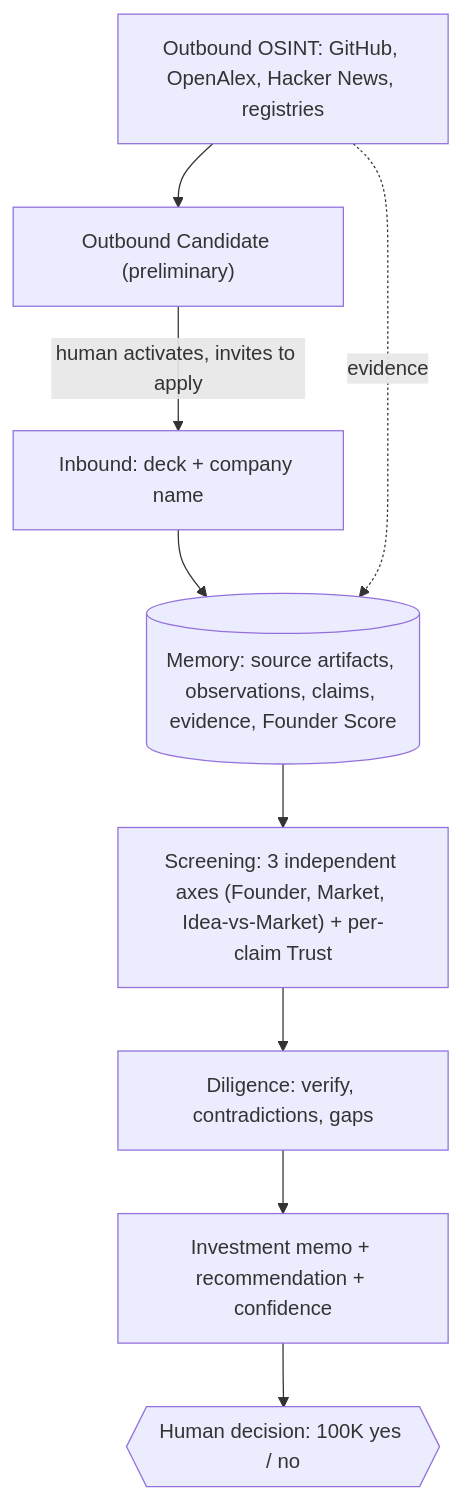
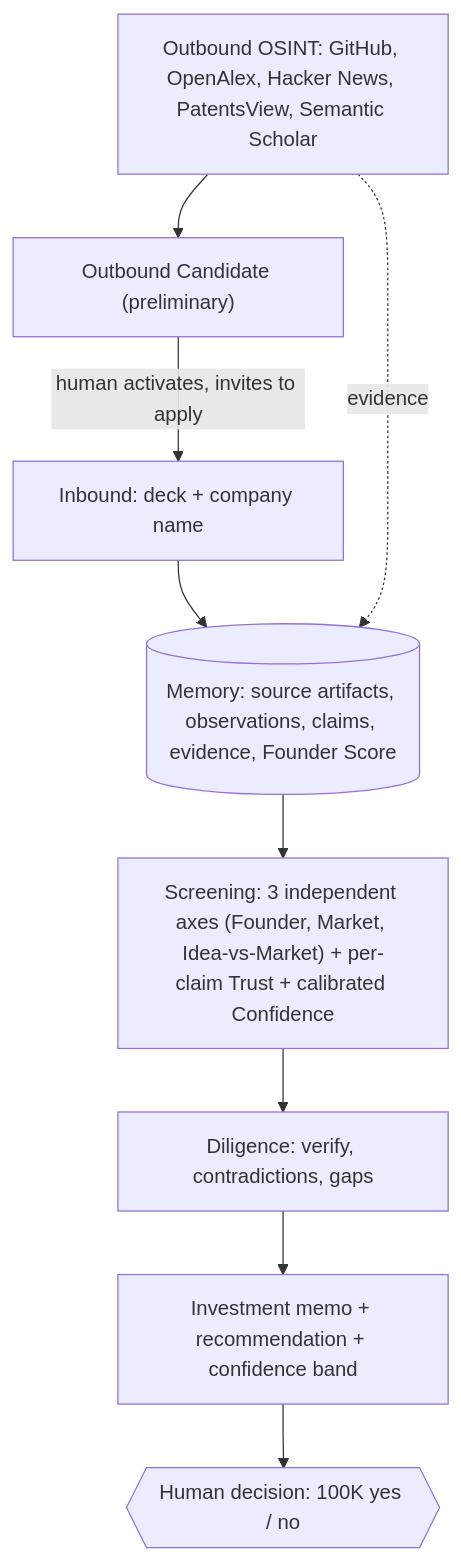
One commit to NoHaxRelax/FounderLookup changed the diagram in README.md. Above: the diagram before and after it, drawn with Mermaid. The commit also changed other lines of this file, not shown here.

````diff
--- a/README.md
+++ b/README.md
@@ -9,11 +20,11 @@
 ```mermaid
 flowchart TD
     IN["Inbound: deck + company name"] --> MEM
-    OUT["Outbound OSINT: GitHub, OpenAlex, Hacker News, registries"] --> CAND["Outbound Candidate (preliminary)"]
+    OUT["Outbound OSINT: GitHub, OpenAlex, Hacker News, PatentsView, Semantic Scholar"] --> CAND["Outbound Candidate (preliminary)"]
     CAND -->|"human activates, invites to apply"| IN
     OUT -.evidence.-> MEM
     MEM[("Memory: source artifacts, observations, claims, evidence, Founder Score")] --> SCR
-    SCR["Screening: 3 independent axes (Founder, Market, Idea-vs-Market) + per-claim Trust"] --> DIL["Diligence: verify, contradictions, gaps"]
-    DIL --> MEMO["Investment memo + recommendation + confidence"]
+    SCR["Screening: 3 independent axes (Founder, Market, Idea-vs-Market) + per-claim Trust + calibrated Confidence"] --> DIL["Diligence: verify, contradictions, gaps"]
+    DIL --> MEMO["Investment memo + recommendation + confidence band"]
     MEMO --> HUMAN{{"Human decision: 100K yes / no"}}
 ```
````
